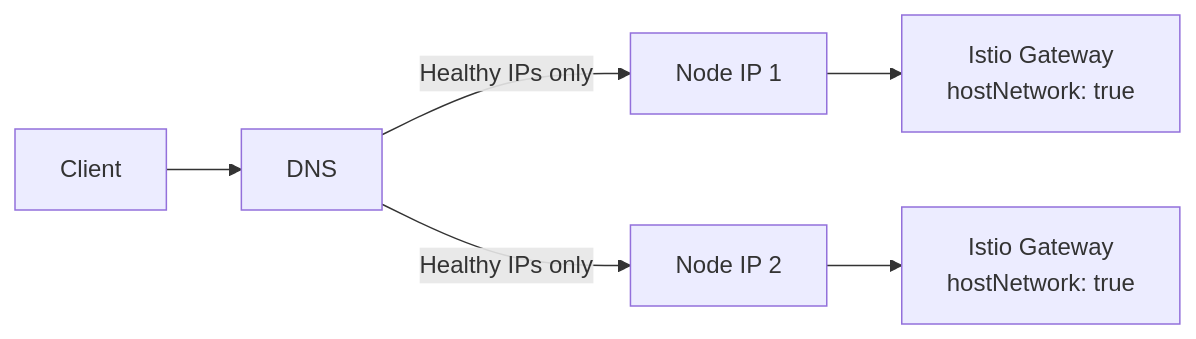
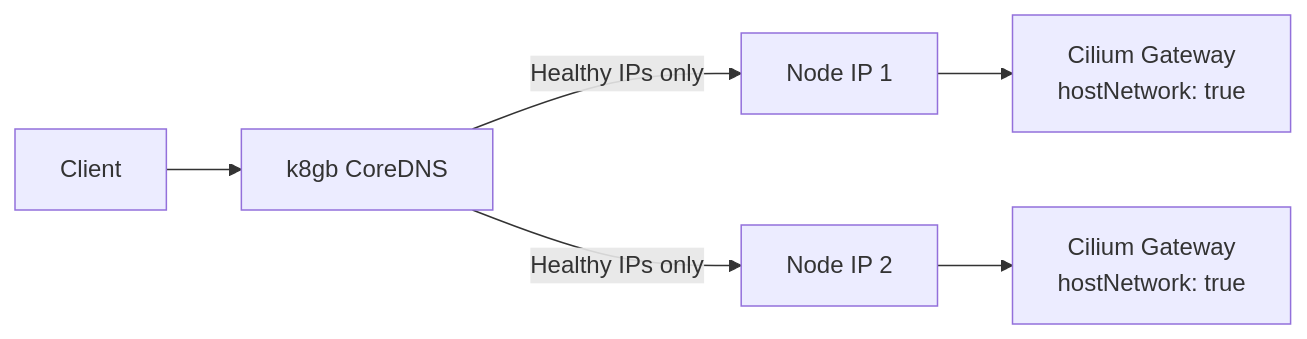
The fourth of 4 diagrams in docs/ADR-K8GB-GSLB.md (openova-io/k8gb), drawn with Mermaid before and after one commit. The commit also changed other lines of this file, not shown here.

First line of the commit message:
docs: update k8gb ADR for authoritative DNS and split-brain protection

````diff
--- a/docs/ADR-K8GB-GSLB.md
+++ b/docs/ADR-K8GB-GSLB.md
@@ -91,8 +182,8 @@
 ```mermaid
 flowchart LR
-    Client[Client] --> DNS[DNS]
-    DNS -->|"Healthy IPs only"| Node1[Node IP 1]
-    DNS -->|"Healthy IPs only"| Node2[Node IP 2]
-    Node1 --> GW1[Istio Gateway<br/>hostNetwork: true]
-    Node2 --> GW2[Istio Gateway<br/>hostNetwork: true]
+    Client[Client] --> K8GB[k8gb CoreDNS]
+    K8GB -->|"Healthy IPs only"| Node1[Node IP 1]
+    K8GB -->|"Healthy IPs only"| Node2[Node IP 2]
+    Node1 --> GW1[Cilium Gateway<br/>hostNetwork: true]
+    Node2 --> GW2[Cilium Gateway<br/>hostNetwork: true]
 ```
````
